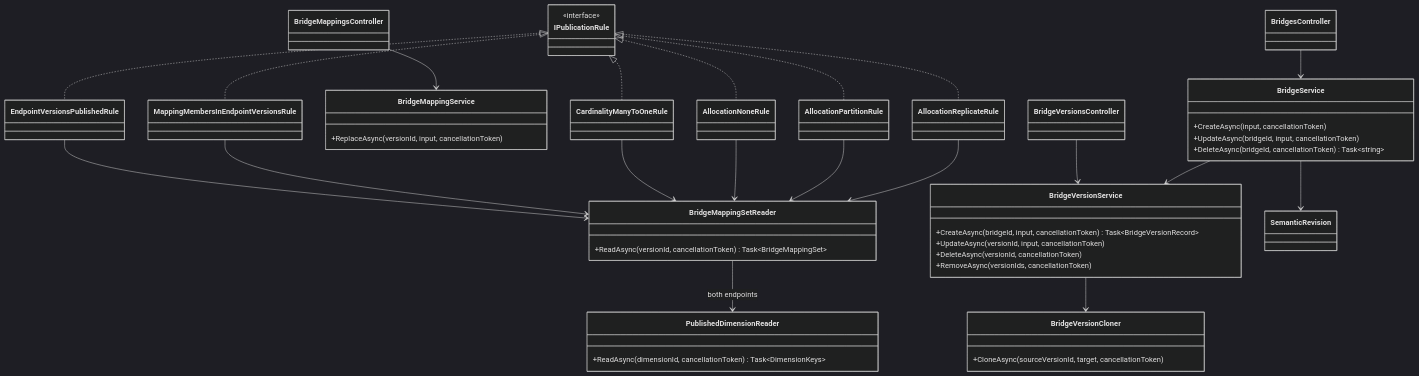
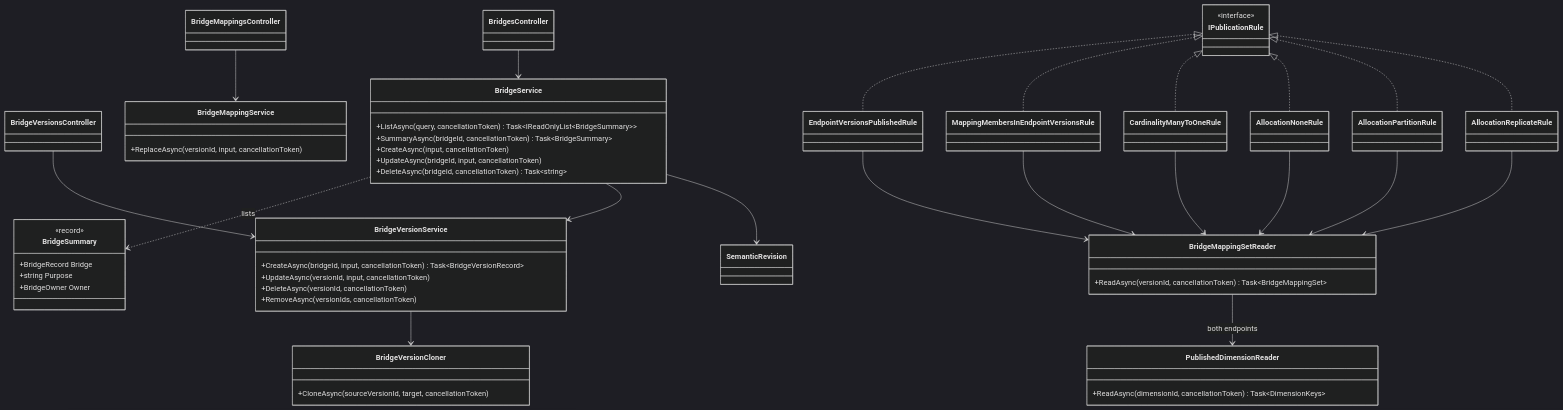
One commit to chrisaliotta/Quantalytix.QueryEngine.Admin changed the fourth of 11 diagrams in api/docs/architecture/05-feature-classes.md. Above: the diagram before and after it, drawn with Mermaid (dark theme). The commit also changed other lines of this file and 373 other files, not shown here.

First line of the commit message:
feat: update API documentation and architecture for versioning and report handling

````diff
--- a/api/docs/architecture/05-feature-classes.md
+++ b/api/docs/architecture/05-feature-classes.md
@@ -339,52 +339,61 @@
 ```mermaid
 classDiagram
     direction TB
     class BridgesController
     class BridgeVersionsController
     class BridgeMappingsController
     class BridgeService {
+        +ListAsync(query, cancellationToken) Task~IReadOnlyList~BridgeSummary~~
+        +SummaryAsync(bridgeId, cancellationToken) Task~BridgeSummary~
         +CreateAsync(input, cancellationToken)
         +UpdateAsync(bridgeId, input, cancellationToken)
         +DeleteAsync(bridgeId, cancellationToken) Task~string~
+    }
+    class BridgeSummary {
+        <<record>>
+        +BridgeRecord Bridge
+        +string Purpose
+        +BridgeOwner Owner
     }
     class BridgeVersionService {
         +CreateAsync(bridgeId, input, cancellationToken) Task~BridgeVersionRecord~
         +UpdateAsync(versionId, input, cancellationToken)
         +DeleteAsync(versionId, cancellationToken)
         +RemoveAsync(versionIds, cancellationToken)
     }
     class BridgeVersionCloner {
         +CloneAsync(sourceVersionId, target, cancellationToken)
     }
     class BridgeMappingService {
         +ReplaceAsync(versionId, input, cancellationToken)
     }
     class BridgeMappingSetReader {
         +ReadAsync(versionId, cancellationToken) Task~BridgeMappingSet~
     }
     class PublishedDimensionReader {
         +ReadAsync(dimensionId, cancellationToken) Task~DimensionKeys~
     }
     class IPublicationRule {
         <<interface>>
     }
     BridgesController --> BridgeService
+    BridgeService ..> BridgeSummary : lists
     BridgeVersionsController --> BridgeVersionService
     BridgeMappingsController --> BridgeMappingService
     BridgeService --> BridgeVersionService
     BridgeService --> SemanticRevision
     BridgeVersionService --> BridgeVersionCloner
     BridgeMappingSetReader --> PublishedDimensionReader : both endpoints
     IPublicationRule <|.. EndpointVersionsPublishedRule
     IPublicationRule <|.. MappingMembersInEndpointVersionsRule
     IPublicationRule <|.. CardinalityManyToOneRule
     IPublicationRule <|.. AllocationNoneRule
     IPublicationRule <|.. AllocationPartitionRule
     IPublicationRule <|.. AllocationReplicateRule
     EndpointVersionsPublishedRule --> BridgeMappingSetReader
     MappingMembersInEndpointVersionsRule --> BridgeMappingSetReader
     CardinalityManyToOneRule --> BridgeMappingSetReader
     AllocationNoneRule --> BridgeMappingSetReader
     AllocationPartitionRule --> BridgeMappingSetReader
     AllocationReplicateRule --> BridgeMappingSetReader
 ```
````
